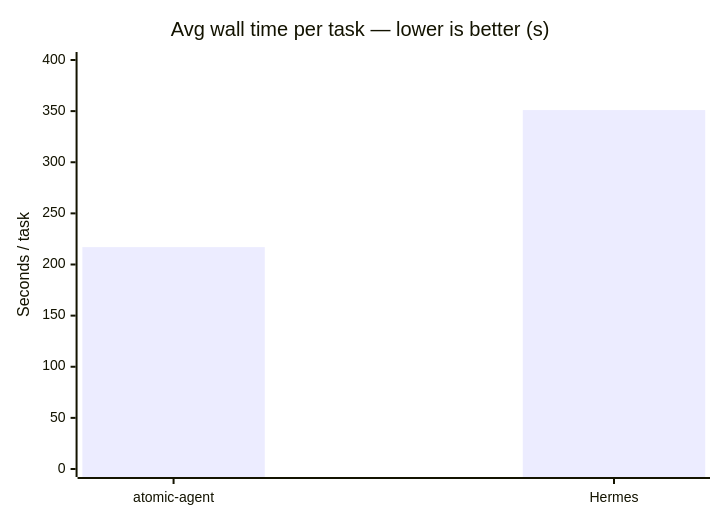
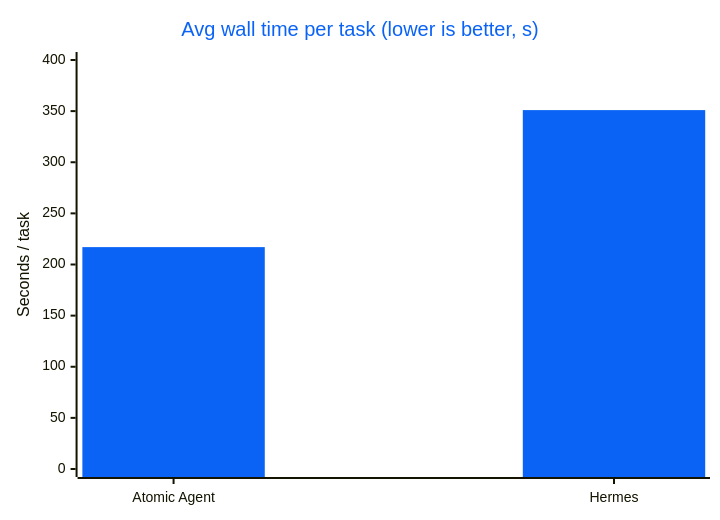
The second of 3 diagrams in README.md (AtomicBot-ai/atomic-agent), drawn with Mermaid before and after one commit. The commit also changed other lines of this file, not shown here.

````diff
--- a/README.md
+++ b/README.md
@@ -54,7 +86,8 @@
 ```mermaid
+%%{init: {"themeVariables": {"xyChart": {"backgroundColor": "transparent", "titleColor": "#0b63f6", "plotColorPalette": "#0b63f6"}}}}%%
 xychart-beta
-    title "Avg wall time per task — lower is better (s)"
-    x-axis ["atomic-agent", "Hermes"]
+    title "Avg wall time per task (lower is better, s)"
+    x-axis ["Atomic Agent", "Hermes"]
     y-axis "Seconds / task" 0 --> 400
     bar [217, 351]
 ```
````
